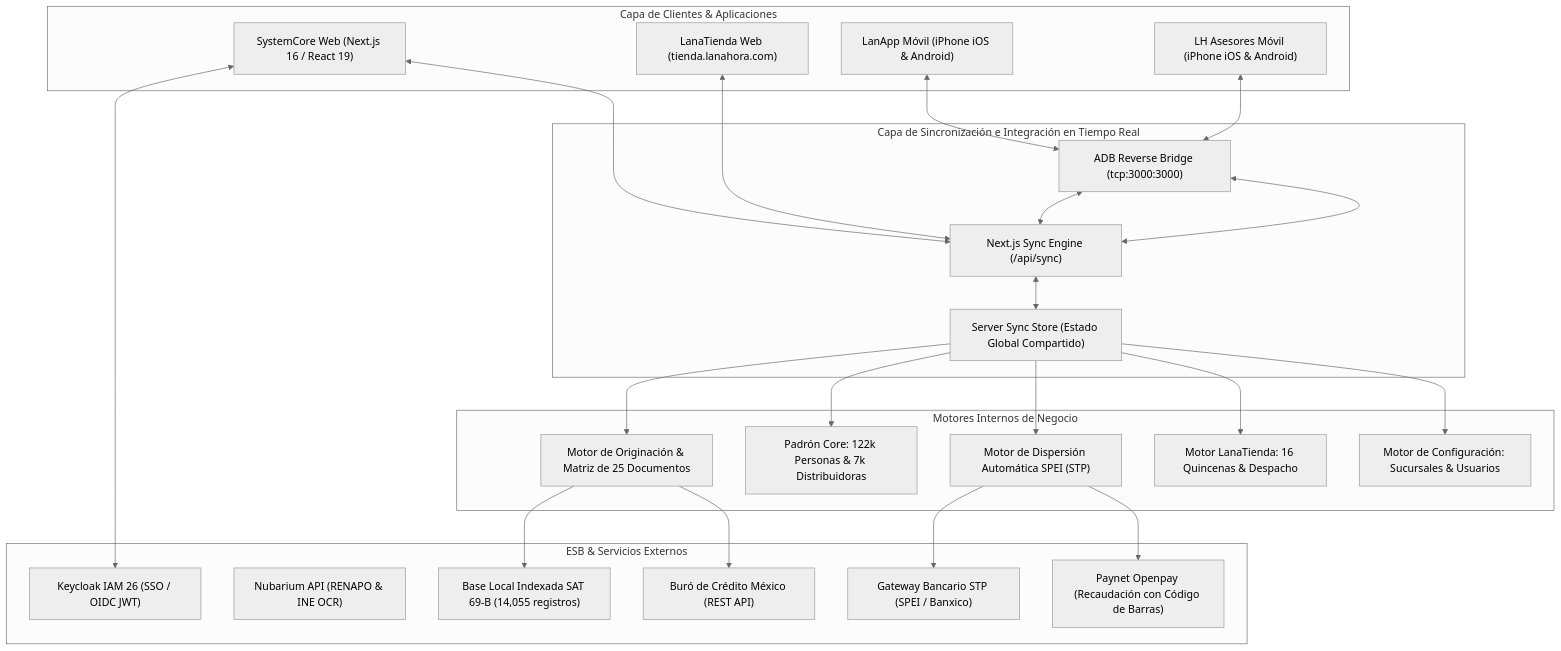
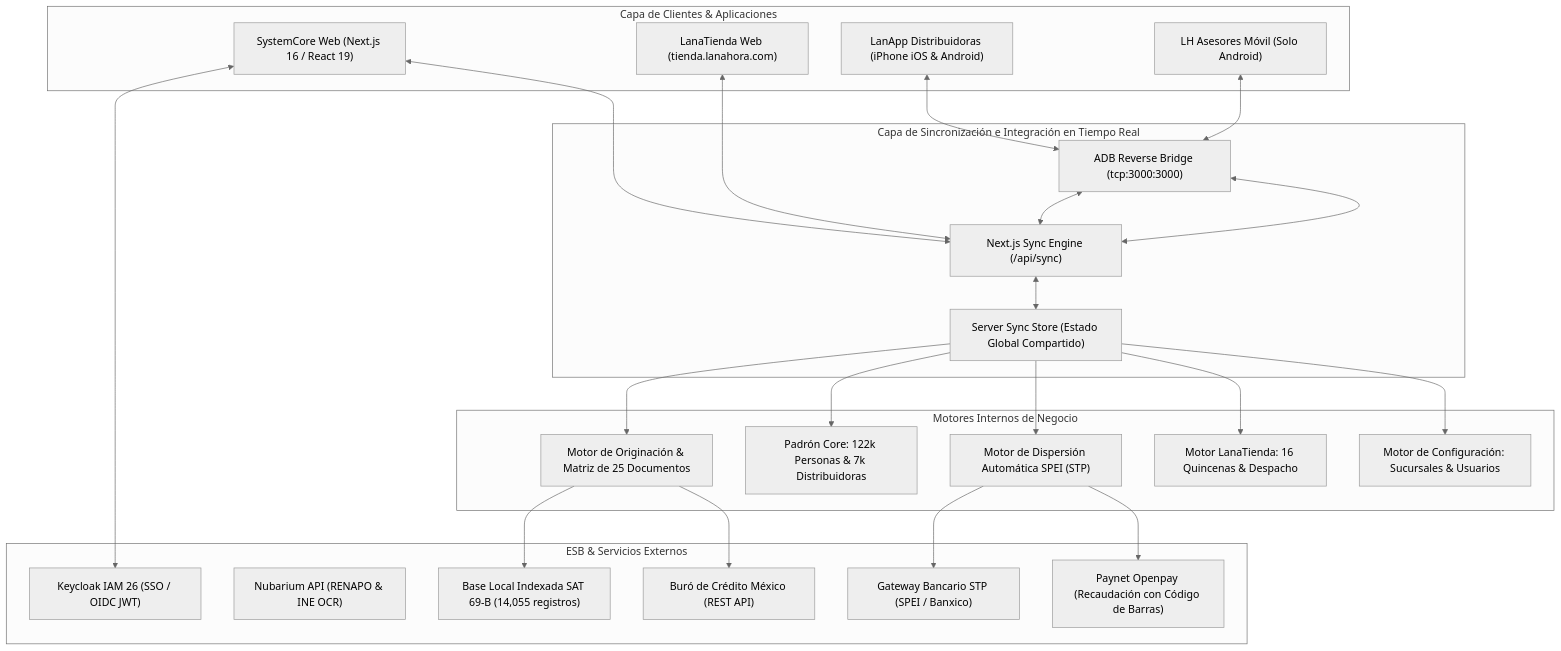
One commit to CarlosMartinezLH/SystemCore_LH changed the diagram in README.md. Above: the diagram before and after it, drawn with Mermaid (neutral theme). The commit also changed other lines of this file and 3 other files, not shown here.

Commit message:
docs: precisar soporte móvil - LanApp para iPhone y Android, LH Asesores exclusivo para Android

````diff
--- a/README.md
+++ b/README.md
@@ -41,50 +41,50 @@
 ```mermaid
 flowchart TD
     subgraph Clientes ["Capa de Clientes & Aplicaciones"]
         WEB["SystemCore Web (Next.js 16 / React 19)"]
         TIENDA["LanaTienda Web (tienda.lanahora.com)"]
-        APP_ADV["LH Asesores Móvil (iPhone iOS & Android)"]
-        APP_LAN["LanApp Móvil (iPhone iOS & Android)"]
+        APP_ADV["LH Asesores Móvil (Solo Android)"]
+        APP_LAN["LanApp Distribuidoras (iPhone iOS & Android)"]
     end
 
     subgraph SyncBus ["Capa de Sincronización e Integración en Tiempo Real"]
         API_SYNC["Next.js Sync Engine (/api/sync)"]
         STORE["Server Sync Store (Estado Global Compartido)"]
         ADB_REV["ADB Reverse Bridge (tcp:3000:3000)"]
     end
 
     subgraph MotoresCore ["Motores Internos de Negocio"]
         CRM_ENG["Motor de Originación & Matriz de 25 Documentos"]
         PADRON_ENG["Padrón Core: 122k Personas & 7k Distribuidoras"]
         STP_ENG["Motor de Dispersión Automática SPEI (STP)"]
         TIENDA_ENG["Motor LanaTienda: 16 Quincenas & Despacho"]
         CONFIG_ENG["Motor de Configuración: Sucursales & Usuarios"]
     end
 
     subgraph IntegracionesESB ["ESB & Servicios Externos"]
         KEYCLOAK["Keycloak IAM 26 (SSO / OIDC JWT)"]
         NUBARIUM["Nubarium API (RENAPO & INE OCR)"]
         SAT_DB["Base Local Indexada SAT 69-B (14,055 registros)"]
         BURO["Buró de Crédito México (REST API)"]
         STP_SPEI["Gateway Bancario STP (SPEI / Banxico)"]
         PAYNET["Paynet Openpay (Recaudación con Código de Barras)"]
     end
 
     WEB <--> API_SYNC
     TIENDA <--> API_SYNC
     APP_LAN <--> ADB_REV <--> API_SYNC
     APP_ADV <--> ADB_REV <--> API_SYNC
 
     API_SYNC <--> STORE
     STORE --> CRM_ENG
     STORE --> PADRON_ENG
     STORE --> STP_ENG
     STORE --> TIENDA_ENG
     STORE --> CONFIG_ENG
 
     CRM_ENG --> SAT_DB
     CRM_ENG --> BURO
     STP_ENG --> STP_SPEI
     STP_ENG --> PAYNET
     WEB <--> KEYCLOAK
 ```
````
